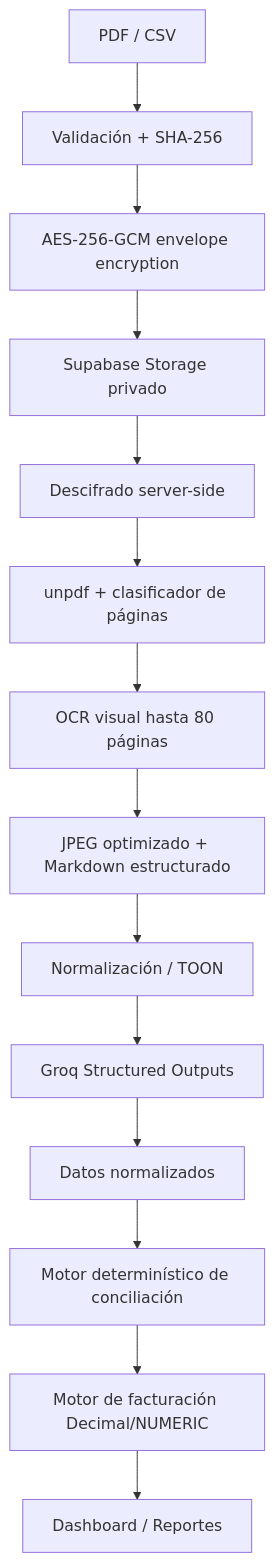
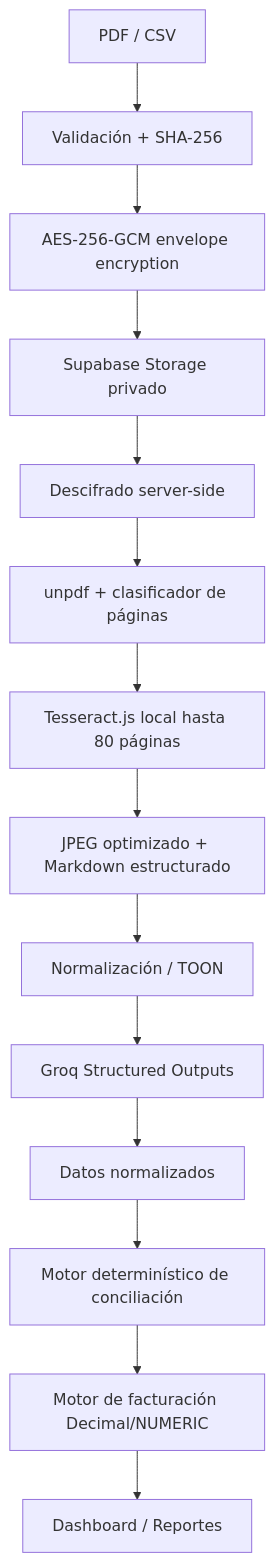
The diagram in README.md (JMontes1986/albaranes-laura), drawn with Mermaid before and after one commit. The commit also changed other lines of this file and 11 other files, not shown here.

````diff
--- a/README.md
+++ b/README.md
@@ -7,16 +7,16 @@
 ```mermaid
 flowchart TD
   U[PDF / CSV] --> V[Validación + SHA-256]
   V --> E[AES-256-GCM envelope encryption]
   E --> S[Supabase Storage privado]
   S --> D[Descifrado server-side]
   D --> P[unpdf + clasificador de páginas]
-  P --> O[OCR visual hasta 80 páginas]
+  P --> O[Tesseract.js local hasta 80 páginas]
   O --> C[JPEG optimizado + Markdown estructurado]
   C --> T[Normalización / TOON]
   T --> G[Groq Structured Outputs]
   G --> N[Datos normalizados]
   N --> R[Motor determinístico de conciliación]
   R --> B[Motor de facturación Decimal/NUMERIC]
   B --> UI[Dashboard / Reportes]
 ```
````
